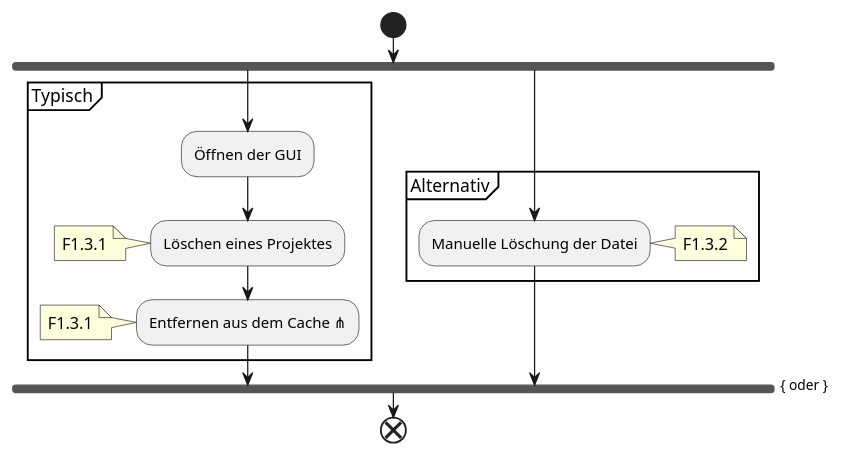
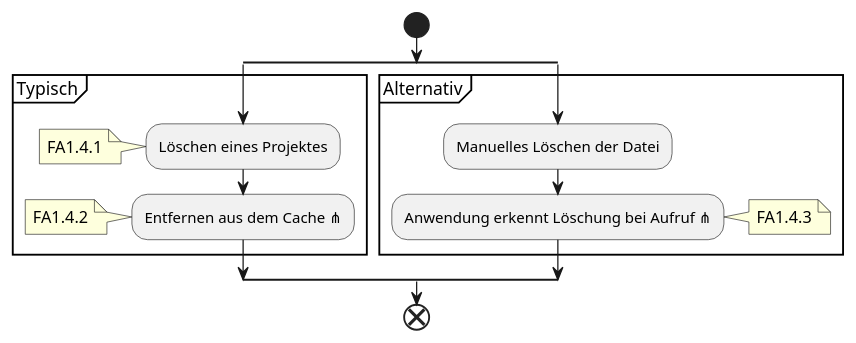
The eighth of 20 diagrams in wiki/topics/Inkremente/00/Anforderungsanalyse.md (SoftwareEngineeringOne/wiki), drawn with PlantUML before and after one commit. The commit also changed other lines of this file, not shown here.

````diff
--- a/wiki/topics/Inkremente/00/Anforderungsanalyse.md
+++ b/wiki/topics/Inkremente/00/Anforderungsanalyse.md
@@ -231,21 +290,21 @@
 ```plantuml
 @startuml
 start
-fork
+split
 partition Typisch {
-    :Öffnen der GUI;
     :Löschen eines Projektes;
-    note: F1.3.1
+    note: FA1.4.1
     :Entfernen aus dem Cache ⋔;
-    note: F1.3.1
+    note: FA1.4.2
 }
-fork again
+split again
 partition Alternativ {
-    :Manuelle Löschung der Datei;
-    note right: F1.3.2
+    :Manuelles Löschen der Datei;
+    :Anwendung erkennt Löschung bei Aufruf ⋔;
+    note right: FA1.4.3
 }
-end fork { oder }
+end split
 end
 
 @enduml
 ```
````
